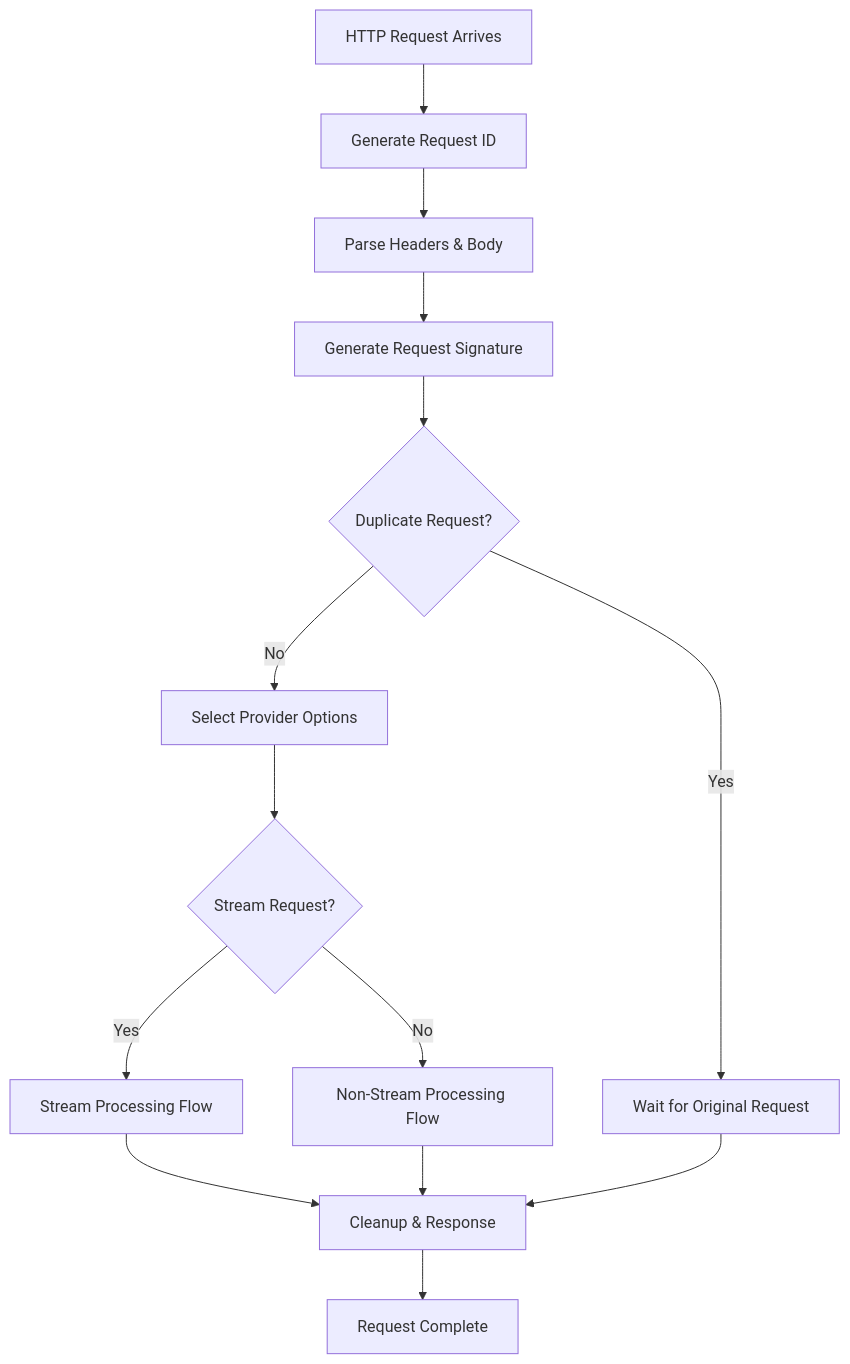
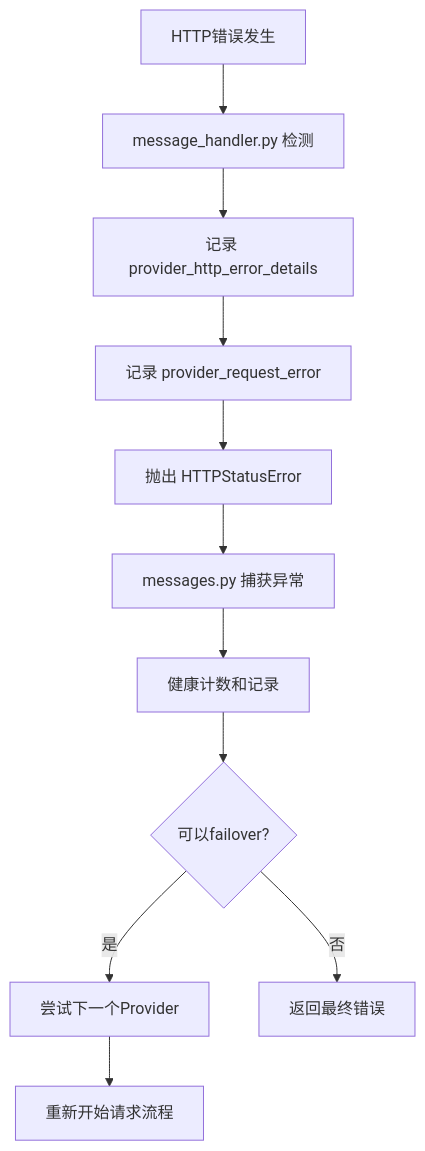
One commit to zkytech/claude-code-provider-balancer changed the third of 3 diagrams in docs/request-processing-flow.md. Above: the diagram before and after it, drawn with Mermaid. The commit also changed other lines of this file and 7 other files, not shown here.

````diff
--- a/docs/request-processing-flow.md
+++ b/docs/request-processing-flow.md
@@ -19,16 +199,13 @@
 ```mermaid
 graph TD
-    A[HTTP Request Arrives] --> B[Generate Request ID]
-    B --> C[Parse Headers & Body]
-    C --> D[Generate Request Signature]
-    D --> E{Duplicate Request?}
-    E -->|Yes| F[Wait for Original Request]
-    E -->|No| G[Select Provider Options]
-    G --> H{Stream Request?}
-    H -->|Yes| I[Stream Processing Flow]
-    H -->|No| J[Non-Stream Processing Flow]
-    I --> K[Cleanup & Response]
-    J --> K
-    F --> K
-    K --> L[Request Complete]
+    A[HTTP错误发生] --> B[message_handler.py 检测]
+    B --> C[记录 provider_http_error_details]
+    C --> D[记录 provider_request_error]
+    D --> E[抛出 HTTPStatusError]
+    E --> F[messages.py 捕获异常]
+    F --> G[健康计数和记录]
+    G --> H{可以failover?}
+    H -->|是| I[尝试下一个Provider]
+    H -->|否| J[返回最终错误]
+    I --> K[重新开始请求流程]
 ```
````
